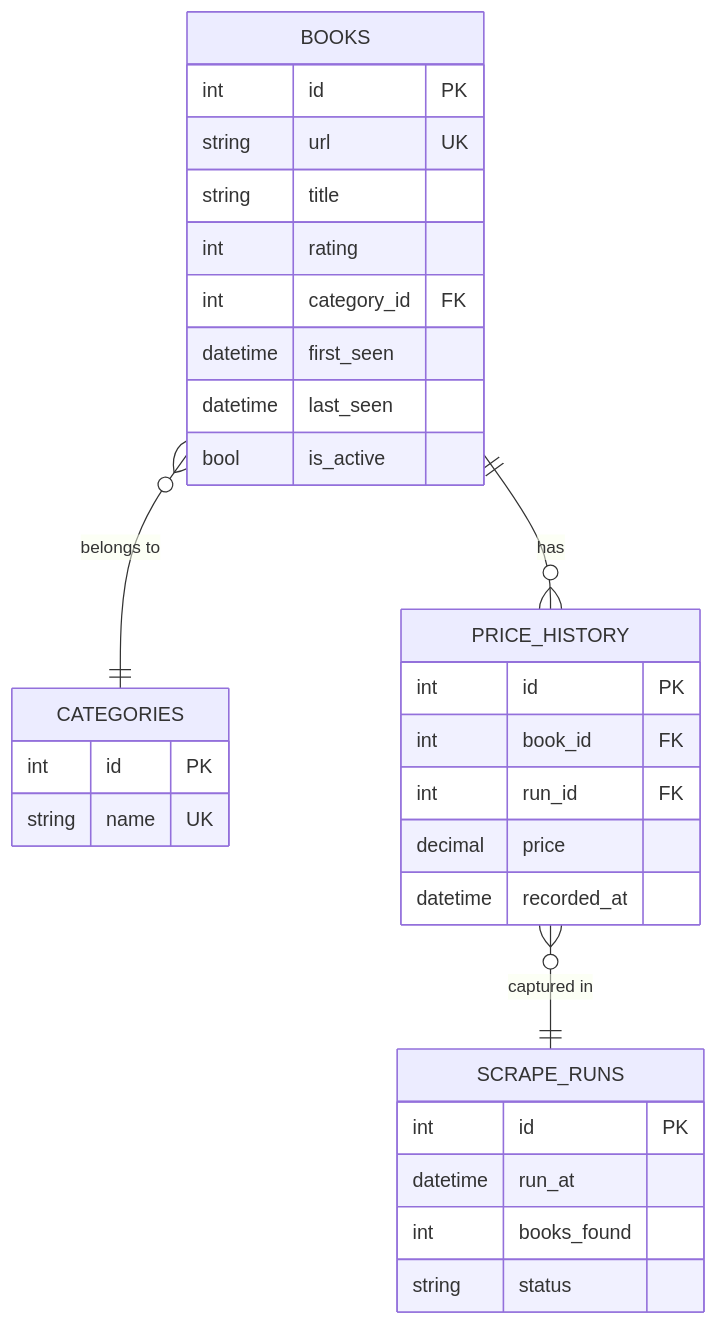
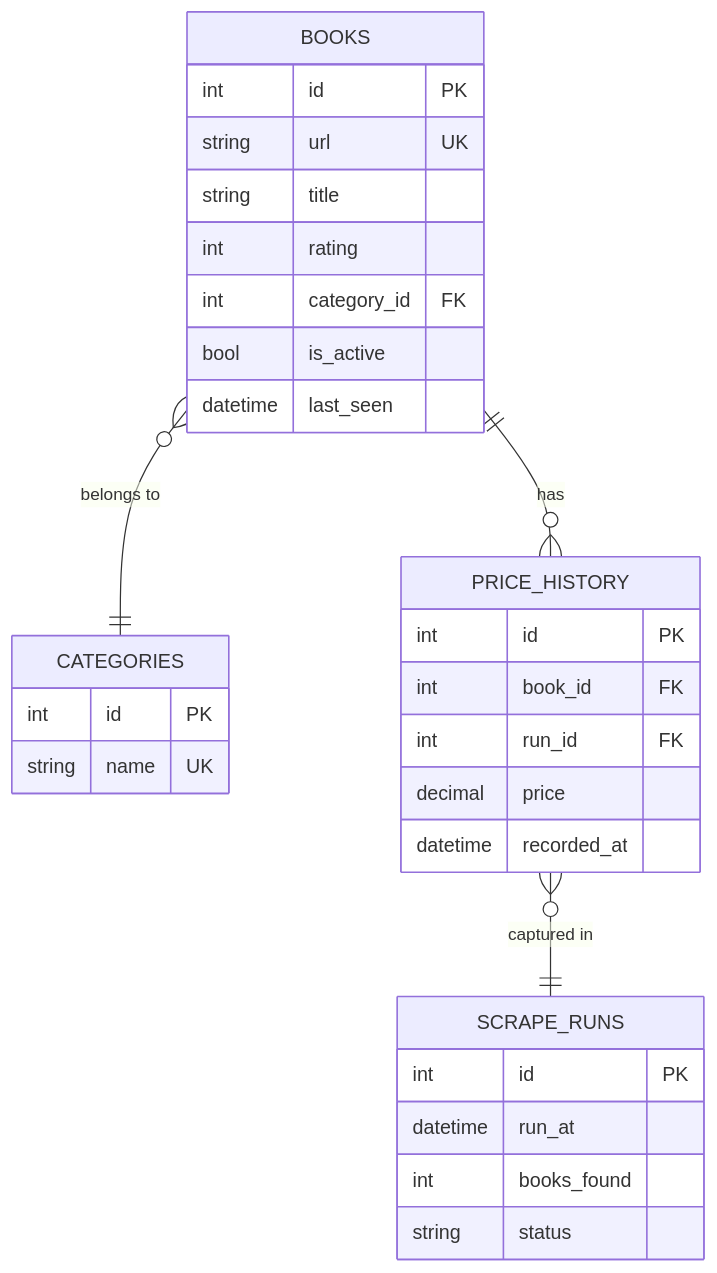
Before and after one commit to dhakalmahima188/Scrapping-Assignment: the first of 2 diagrams in readme.md, drawn with Mermaid. The commit also changed other lines of this file and 3 other files, not shown here.

Commit message:
added ERD and Change detection flow

````diff
--- a/readme.md
+++ b/readme.md
@@ -44,37 +50,36 @@
 ```mermaid
 erDiagram
     SCRAPE_RUNS {
         int     id          PK
         datetime run_at
         int     books_found
         string  status
     }
 
     CATEGORIES {
         int     id          PK
         string  name        UK
     }
 
     BOOKS {
         int     id          PK
         string  url         UK
         string  title
         int     rating
         int     category_id FK
-        datetime first_seen
+        bool    is_active
         datetime last_seen
-        bool    is_active
     }
 
     PRICE_HISTORY {
         int     id          PK
         int     book_id     FK
         int     run_id      FK
         decimal price
         datetime recorded_at
     }
 
     BOOKS }o--|| CATEGORIES : "belongs to"
     BOOKS ||--o{ PRICE_HISTORY : "has"
     PRICE_HISTORY }o--|| SCRAPE_RUNS : "captured in"
 ```
````
